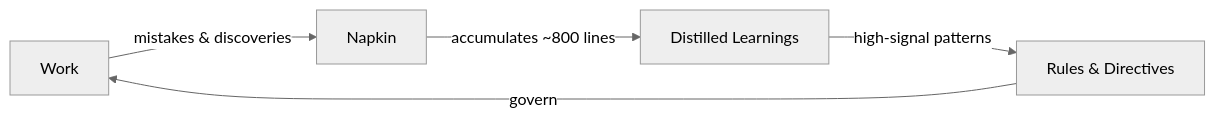
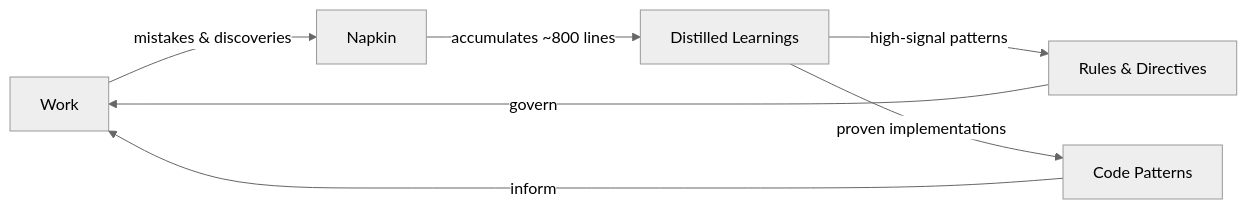
One commit to oaknational/oak-open-curriculum-ecosystem changed the second of 4 diagrams in .agent/directives/practice.md. Above: the diagram before and after it, drawn with Mermaid (neutral theme). The commit also changed other lines of this file and 61 other files, not shown here.

````diff
--- a/.agent/directives/practice.md
+++ b/.agent/directives/practice.md
@@ -65,7 +65,9 @@
 ```mermaid
 graph LR
     W[Work] -->|mistakes & discoveries| N[Napkin]
     N -->|accumulates ~800 lines| D[Distilled Learnings]
     D -->|high-signal patterns| R[Rules & Directives]
+    D -->|proven implementations| P[Code Patterns]
     R -->|govern| W
+    P -->|inform| W
 ```
````
